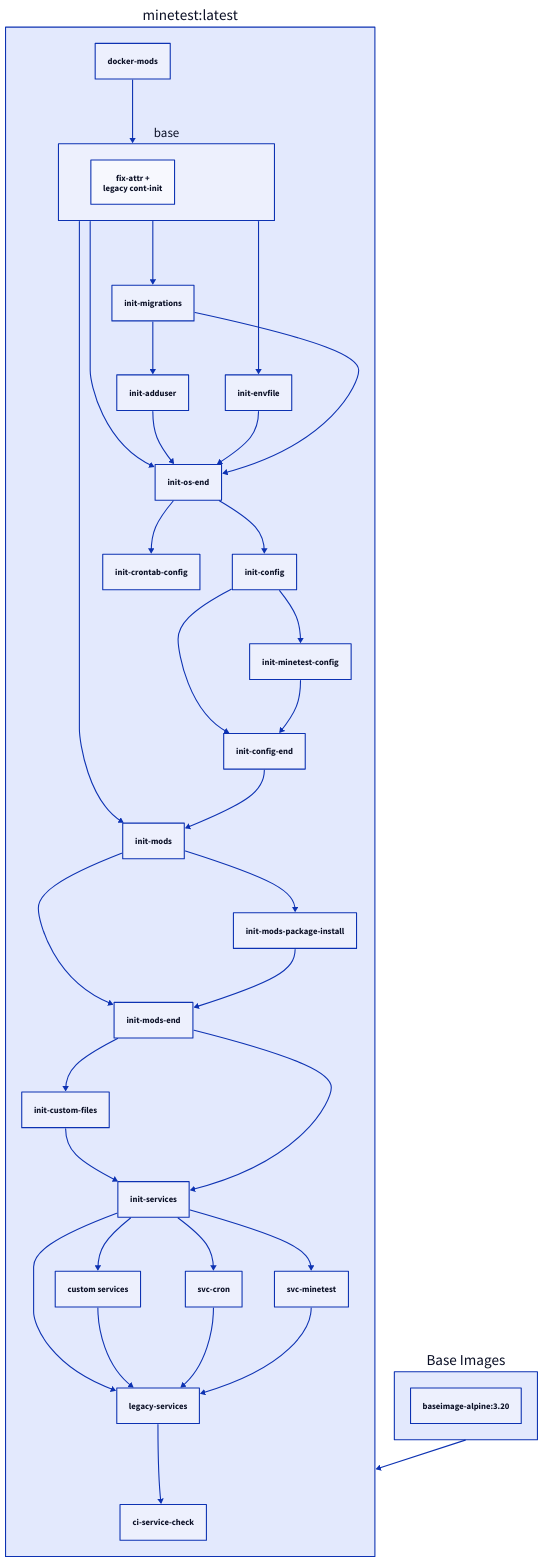
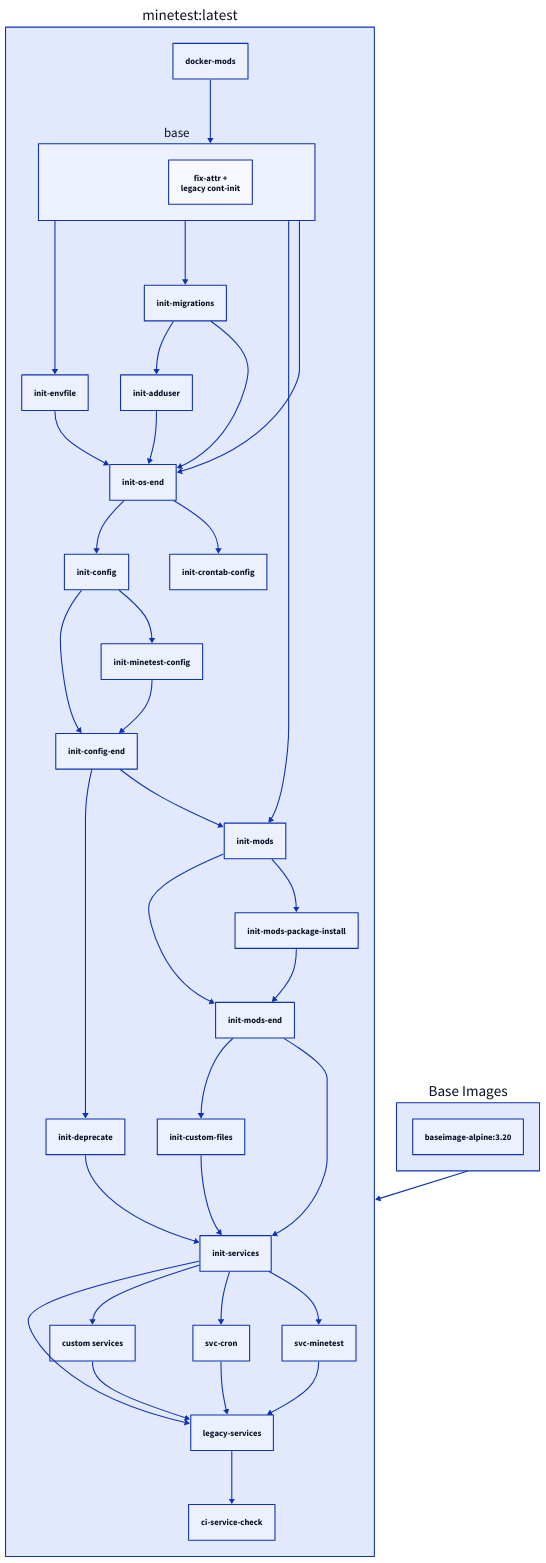
One commit to quietsy/docker-documentation changed the diagram in docs/images/docker-minetest.md. Above: the diagram before and after it, drawn with D2. The commit also changed other lines of this file, not shown here.

````diff
--- a/docs/images/docker-minetest.md
+++ b/docs/images/docker-minetest.md
@@ -290,43 +298,45 @@
     ```d2
     "minetest:latest": {
       docker-mods
       base {
         fix-attr +\nlegacy cont-init
       }
       docker-mods -> base
       legacy-services
       custom services
       init-services -> legacy-services
       init-services -> custom services
       custom services -> legacy-services
       legacy-services -> ci-service-check
       init-migrations -> init-adduser
       init-os-end -> init-config
       init-config -> init-config-end
       init-minetest-config -> init-config-end
       init-os-end -> init-crontab-config
       init-mods-end -> init-custom-files
+      init-config-end -> init-deprecate
       base -> init-envfile
       base -> init-migrations
       init-config -> init-minetest-config
       base -> init-mods
       init-config-end -> init-mods
       init-mods -> init-mods-end
       init-mods-package-install -> init-mods-end
       init-mods -> init-mods-package-install
       base -> init-os-end
       init-adduser -> init-os-end
       init-envfile -> init-os-end
       init-migrations -> init-os-end
       init-custom-files -> init-services
+      init-deprecate -> init-services
       init-mods-end -> init-services
       init-services -> svc-cron
       svc-cron -> legacy-services
       init-services -> svc-minetest
       svc-minetest -> legacy-services
     }
     Base Images: {
       "baseimage-alpine:3.20"
     }
     "minetest:latest" <- Base Images
     ```
````
